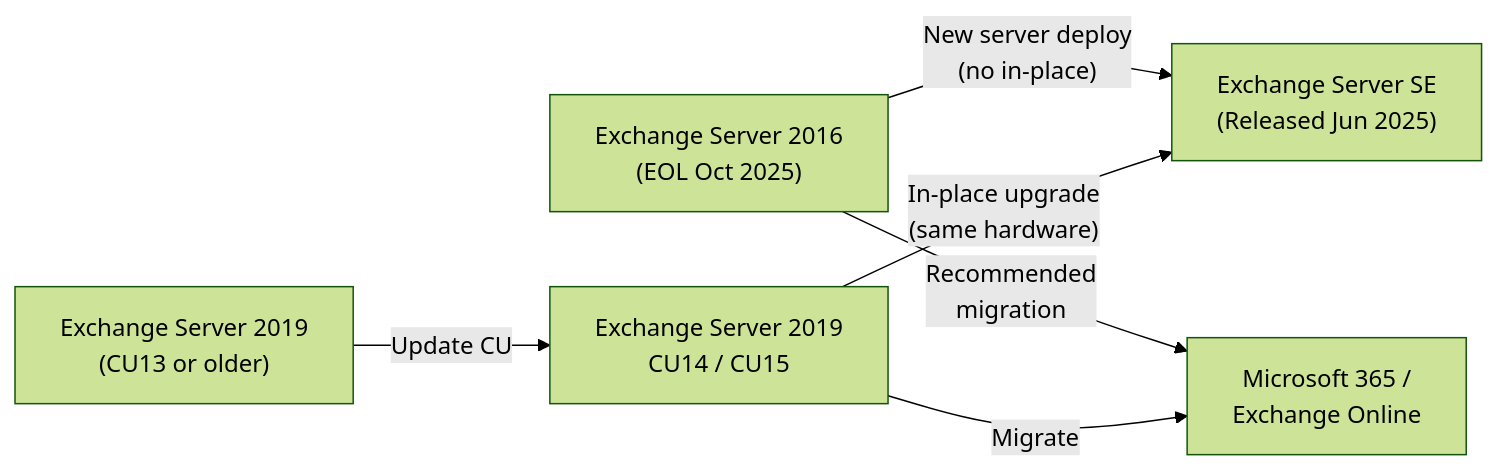
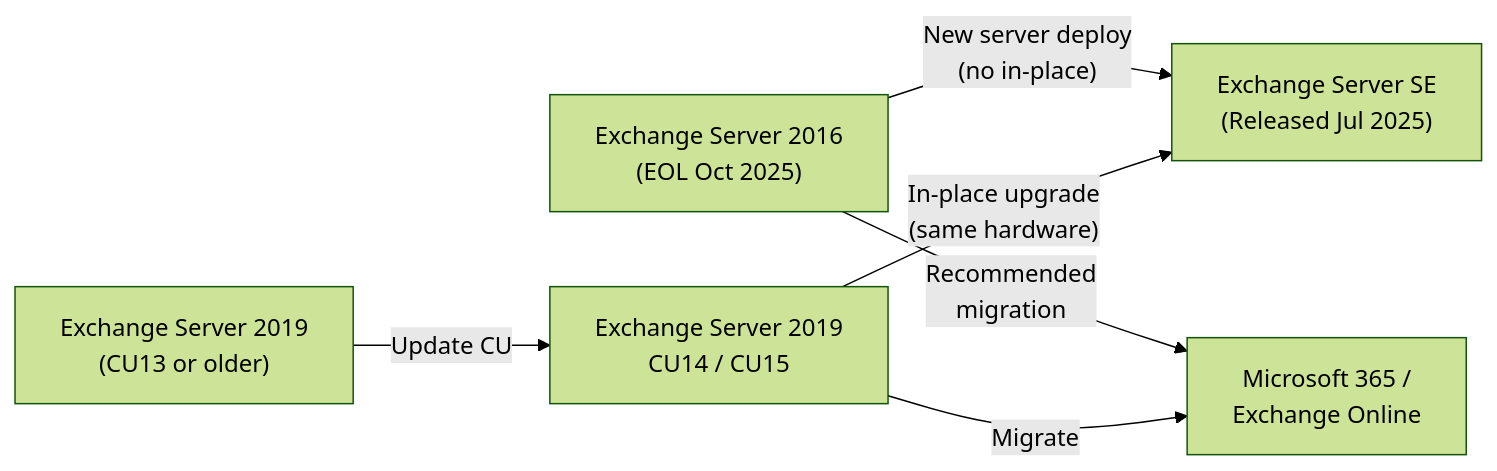
Before and after one commit to DekBaCom/Exchange-Server-EOS: the third of 4 diagrams in docs/architecture.md, drawn with Mermaid (forest theme). The commit also changed other lines of this file and 7 other files, not shown here.

````diff
--- a/docs/architecture.md
+++ b/docs/architecture.md
@@ -93,14 +93,14 @@
 ```mermaid
 flowchart LR
     EX2016["Exchange Server 2016\n(EOL Oct 2025)"]
     EX2019old["Exchange Server 2019\n(CU13 or older)"]
     EX2019cu["Exchange Server 2019\nCU14 / CU15"]
-    EXSE["Exchange Server SE\n(Released Jun 2025)"]
+    EXSE["Exchange Server SE\n(Released Jul 2025)"]
     Cloud["Microsoft 365 /\nExchange Online"]
 
     EX2016 -->|"New server deploy\n(no in-place)"| EXSE
     EX2016 -->|"Recommended\nmigration"| Cloud
     EX2019old -->|"Update CU"| EX2019cu
     EX2019cu -->|"In-place upgrade\n(same hardware)"| EXSE
     EX2019cu -->|"Migrate"| Cloud
 ```
````
